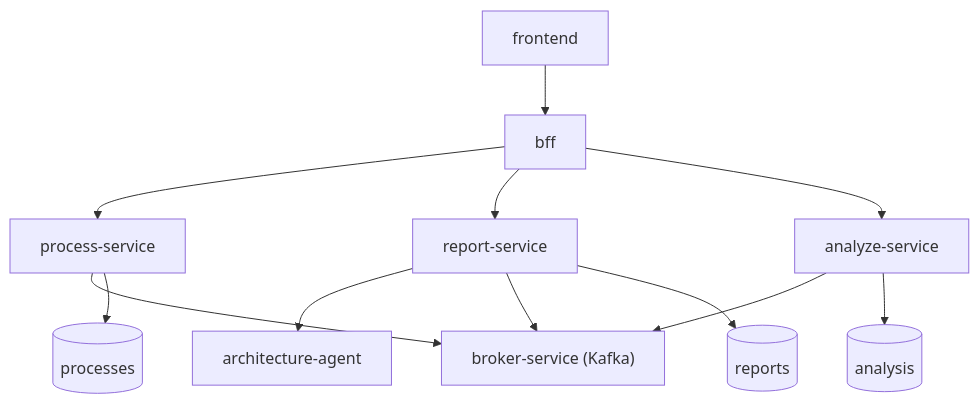
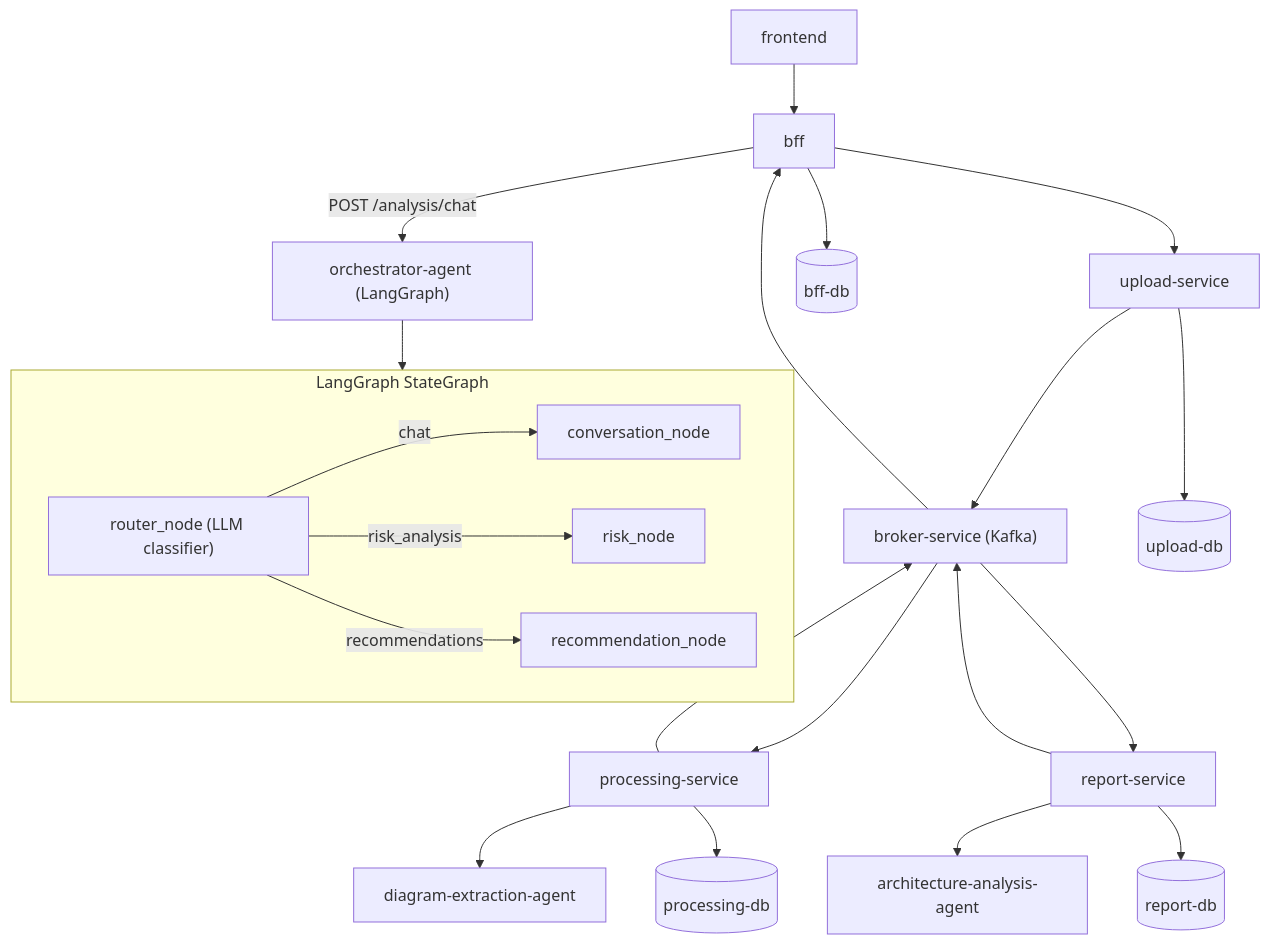
One commit to bodjay/ia-para-devs changed the diagram in fase-5/tech-challenge/doc/ARCHITECTURE.md. Above: the diagram before and after it, drawn with Mermaid. The commit also changed 39 other files, not shown here.

`````diff
--- a/fase-5/tech-challenge/doc/ARCHITECTURE.md
+++ b/fase-5/tech-challenge/doc/ARCHITECTURE.md
@@ -5,40 +5,62 @@
 ````mermaid
 flowchart TB
 
     %% Clients
     FE["frontend"]
 
     %% BFF (microservice)
     BFF["bff"]
 
+    %% Orchestrator
+    OA["orchestrator-agent (LangGraph)"]
+
     %% Broker
     KAFKA["broker-service (Kafka)"]
 
     %% Microservices
-    PS["process-service"]
+    PS["processing-service"]
     RS["report-service"]
-    AS["analyze-service"]
-    AA["architecture-agent"]
+    US["upload-service"]
+
+    %% AI Agents
+    DEA["diagram-extraction-agent"]
+    AAA["architecture-analysis-agent"]
 
     %% Databases
-    DBP[("processes")]
-    DBR[("reports")]
-    DBA[("analysis")]
+    DBB[("bff-db")]
+    DBP[("processing-db")]
+    DBR[("report-db")]
+    DBU[("upload-db")]
 
     %% Fluxos
     FE --> BFF
+    BFF -->|POST /analysis/chat| OA
 
-    BFF --> PS
-    BFF --> RS
-    BFF --> AS
-    
-    RS --> AA
+    subgraph OrchestratorGraph ["LangGraph StateGraph"]
+        Router["router_node (LLM classifier)"]
+        Conv["conversation_node"]
+        Risk["risk_node"]
+        Rec["recommendation_node"]
 
+        Router -->|chat| Conv
+        Router -->|risk_analysis| Risk
+        Router -->|recommendations| Rec
+    end
+
+    OA --> OrchestratorGraph
+
+    BFF --> US
+    US --> KAFKA
+    KAFKA --> PS
+    PS --> DEA
     PS --> KAFKA
+    KAFKA --> RS
+    RS --> AAA
     RS --> KAFKA
-    AS --> KAFKA
+    KAFKA --> BFF
 
+    BFF --> DBB
     PS --> DBP
     RS --> DBR
-    AS --> DBA
+    US --> DBU
 ````
`````
